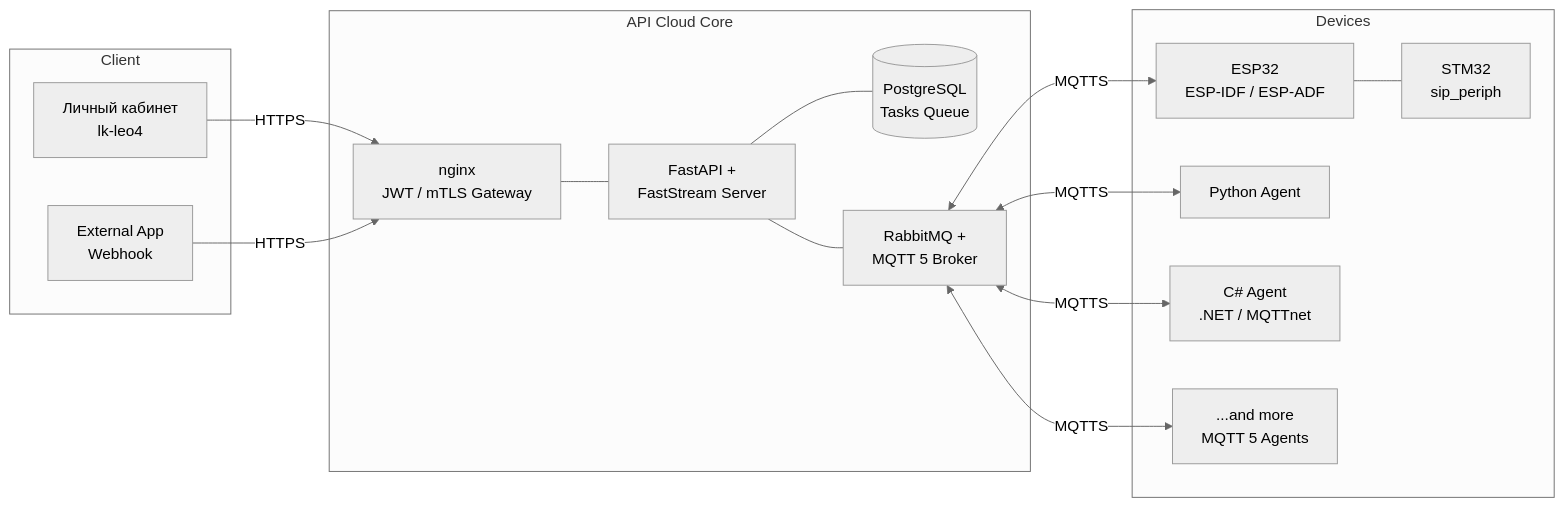
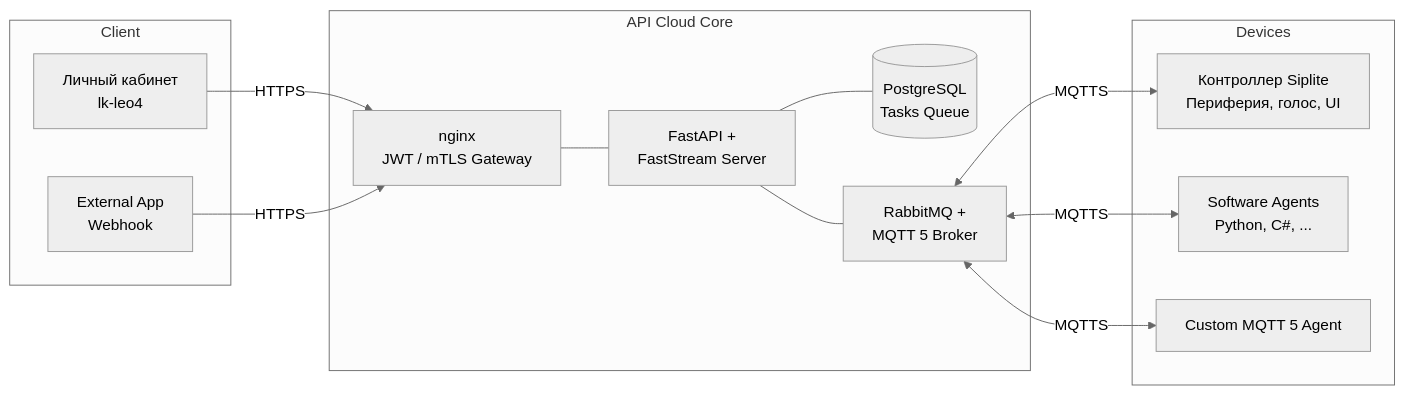
The fifth of 15 diagrams in docs/solution-presentation.md (OlegLebedevRU/iot-rpc-rest-app), drawn with Mermaid (neutral theme) before and after one commit. The commit also changed other lines of this file, not shown here.

First line of the commit message:
Обновлена архитектура: Siplite, Software Agents, Custom MQTT 5 Agent; расширена многоустройственная оркестрация

````diff
--- a/docs/solution-presentation.md
+++ b/docs/solution-presentation.md
@@ -195,33 +303,29 @@
 ```mermaid
 flowchart LR
     subgraph Client
         LK["Личный кабинет<br/>lk-leo4"]
         EXTAPP["External App<br/>Webhook"]
     end
 
     subgraph Core ["API Cloud Core"]
         GW["nginx<br/>JWT / mTLS Gateway"]
         SERVER["FastAPI +<br/>FastStream Server"]
         DB[("PostgreSQL<br/>Tasks Queue")]
         BROKER["RabbitMQ +<br/>MQTT 5 Broker"]
         GW --- SERVER
         SERVER --- DB
         SERVER --- BROKER
     end
 
     subgraph Devices
-        ESP["ESP32<br/>ESP-IDF / ESP-ADF"]
-        STM["STM32<br/>sip_periph"]
-        PYAGENT["Python Agent"]
-        CSAGENT["C# Agent<br/>.NET / MQTTnet"]
-        MORE["...and more<br/>MQTT 5 Agents"]
-        ESP --- STM
+        SIPLITE["Контроллер Siplite<br/>Периферия, голос, UI"]
+        SWAGENT["Software Agents<br/>Python, C#, ..."]
+        CUSTOM["Custom MQTT 5 Agent"]
     end
 
     LK -->|HTTPS| GW
     EXTAPP -->|HTTPS| GW
-    BROKER <-->|MQTTS| ESP
-    BROKER <-->|MQTTS| PYAGENT
-    BROKER <-->|MQTTS| CSAGENT
-    BROKER <-->|MQTTS| MORE
+    BROKER <-->|MQTTS| SIPLITE
+    BROKER <-->|MQTTS| SWAGENT
+    BROKER <-->|MQTTS| CUSTOM
 ```
````
